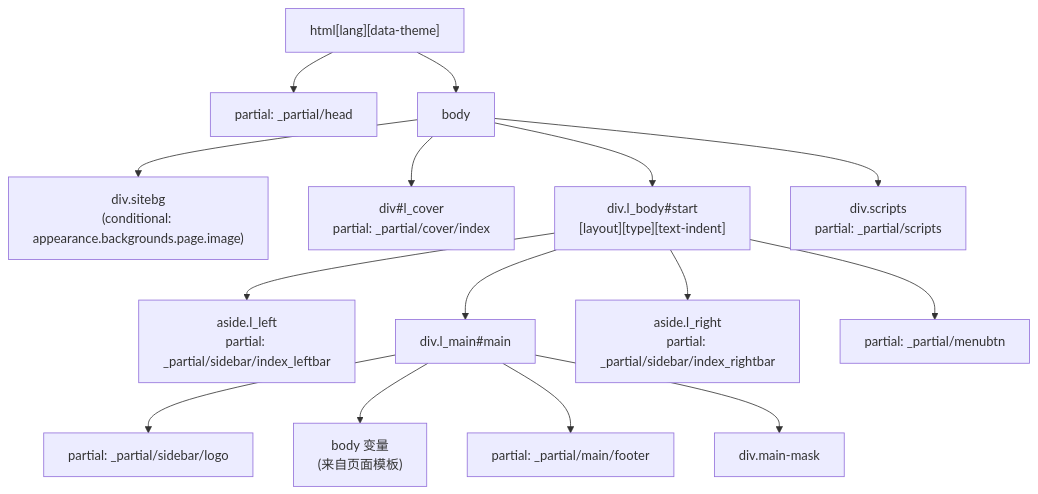
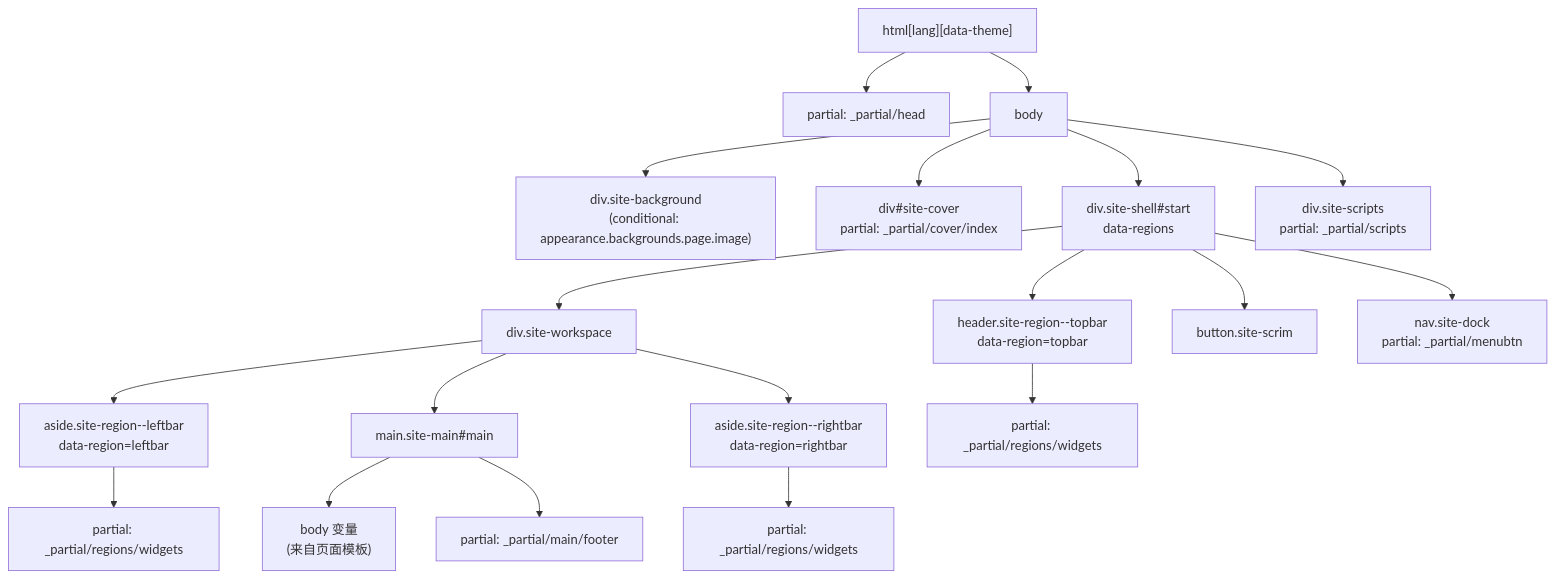
The second of 5 diagrams in docs/knowledge/02-布局系统/page-templates-routing.md (xaoxuu/hexo-theme-stellar), drawn with Mermaid before and after one commit. The commit also changed other lines of this file and 287 other files, not shown here.

````diff
--- a/docs/knowledge/02-布局系统/page-templates-routing.md
+++ b/docs/knowledge/02-布局系统/page-templates-routing.md
@@ -75,17 +75,21 @@
 ```mermaid
 flowchart TD
     HTML["html[lang][data-theme]"] --> HEAD["partial: _partial/head"]
     HTML --> BODY["body"]
-    BODY --> SITEBG["div.sitebg\n(conditional: appearance.backgrounds.page.image)"]
-    BODY --> LCOVER["div#l_cover\npartial: _partial/cover/index"]
-    BODY --> LBODY["div.l_body#start\n[layout][type][text-indent]"]
-    BODY --> SCRIPTS["div.scripts\npartial: _partial/scripts"]
-    LBODY --> LLEFT["aside.l_left\npartial: _partial/sidebar/index_leftbar"]
-    LBODY --> LMAIN["div.l_main#main"]
-    LBODY --> LRIGHT["aside.l_right\npartial: _partial/sidebar/index_rightbar"]
-    LBODY --> MENUBTN["partial: _partial/menubtn"]
-    LMAIN --> LOGO["partial: _partial/sidebar/logo"]
-    LMAIN --> BODYCONTENT["body 变量\n(来自页面模板)"]
-    LMAIN --> FOOTER["partial: _partial/main/footer"]
-    LMAIN --> MASK["div.main-mask"]
+    BODY --> SITEBG["div.site-background\n(conditional: appearance.backgrounds.page.image)"]
+    BODY --> COVER["div#site-cover\npartial: _partial/cover/index"]
+    BODY --> SHELL["div.site-shell#start\ndata-regions"]
+    BODY --> SCRIPTS["div.site-scripts\npartial: _partial/scripts"]
+    SHELL --> TOPBAR["header.site-region--topbar\ndata-region=topbar"]
+    SHELL --> WORKSPACE["div.site-workspace"]
+    WORKSPACE --> LEFTBAR["aside.site-region--leftbar\ndata-region=leftbar"]
+    WORKSPACE --> MAIN["main.site-main#main"]
+    WORKSPACE --> RIGHTBAR["aside.site-region--rightbar\ndata-region=rightbar"]
+    SHELL --> SCRIM["button.site-scrim"]
+    SHELL --> DOCK["nav.site-dock\npartial: _partial/menubtn"]
+    TOPBAR --> TOPWIDGETS["partial: _partial/regions/widgets"]
+    LEFTBAR --> LEFTWIDGETS["partial: _partial/regions/widgets"]
+    RIGHTBAR --> RIGHTWIDGETS["partial: _partial/regions/widgets"]
+    MAIN --> BODYCONTENT["body 变量\n(来自页面模板)"]
+    MAIN --> FOOTER["partial: _partial/main/footer"]
 ```
````
